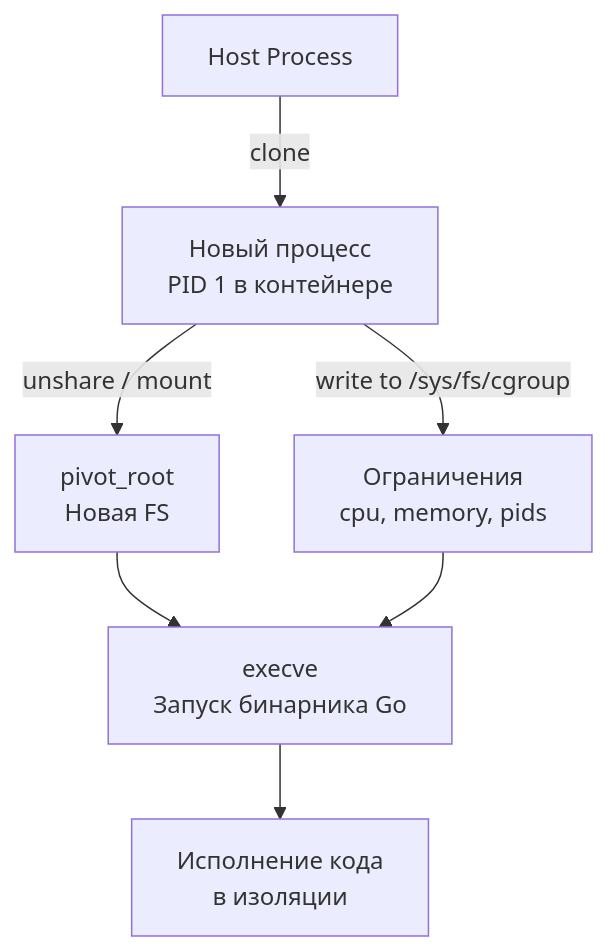
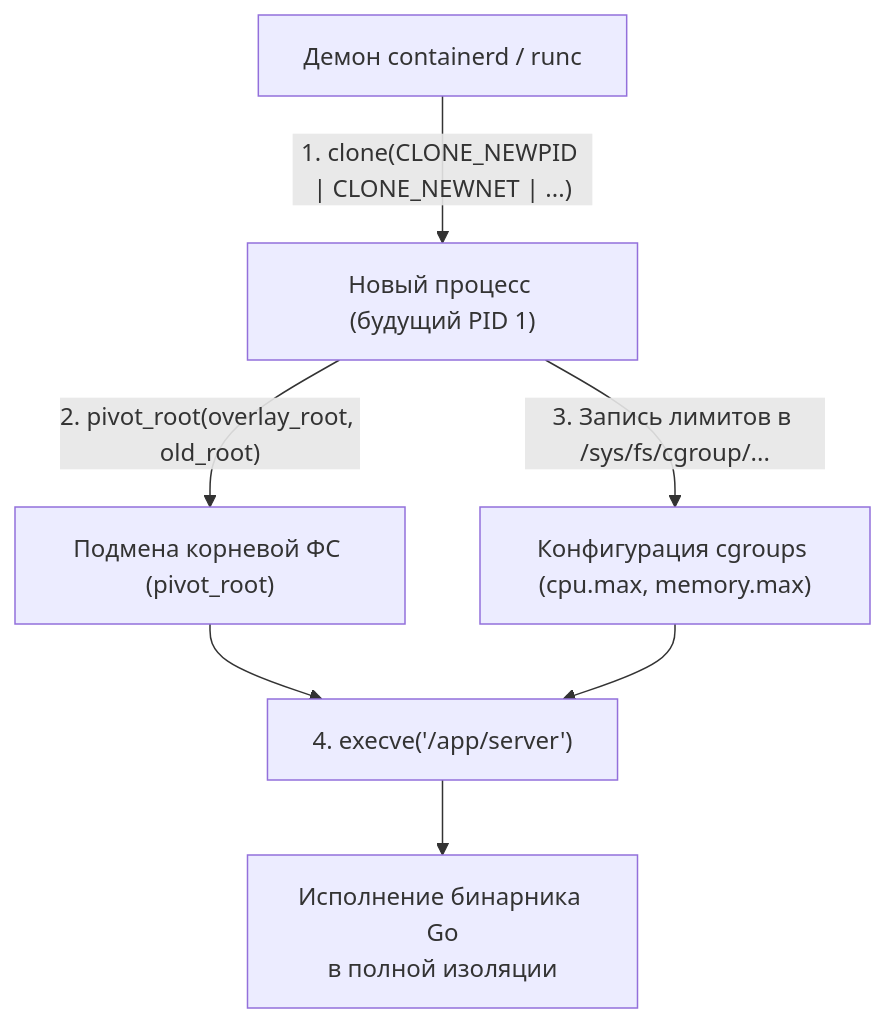
One commit to UnrealTemplier/go-textbook changed the third of 3 diagrams in sources/2. Устройство и работа ОС/53. Контейнеры под капотом. namespaces и cgroups.md. Above: the diagram before and after it, drawn with Mermaid. The commit also changed other lines of this file, not shown here.

Commit message:
feat(module-02): editorial rewrite of Lecture 53 (Containers, namespaces, cgroups v2, pivot_root, clone, unshare, setns) in Kernighan style

````diff
--- a/sources/2. Устройство и работа ОС/53. Контейнеры под капотом. namespaces и cgroups.md
+++ b/sources/2. Устройство и работа ОС/53. Контейнеры под капотом. namespaces и cgroups.md
@@ -55,10 +119,10 @@
 ```mermaid
 flowchart TD
-    Host["Host Process"] -->|"clone"| NewProc["Новый процесс<br>PID 1 в контейнере"]
-    NewProc -->|"unshare / mount"| PivotRoot["pivot_root<br>Новая FS"]
-    NewProc -->|"write to /sys/fs/cgroup"| Limits["Ограничения<br>cpu, memory, pids"]
-    PivotRoot --> Exec["execve<br>Запуск бинарника Go"]
+    Host["Демон containerd / runc"] -->|"1. clone(CLONE_NEWPID | CLONE_NEWNET | ...)"| NewProc["Новый процесс (будущий PID 1)"]
+    NewProc -->|"2. pivot_root(overlay_root, old_root)"| PivotRoot["Подмена корневой ФС (pivot_root)"]
+    NewProc -->|"3. Запись лимитов в /sys/fs/cgroup/..."| Limits["Конфигурация cgroups (cpu.max, memory.max)"]
+    PivotRoot --> Exec["4. execve('/app/server')"]
     Limits --> Exec
-    Exec --> Run["Исполнение кода<br>в изоляции"]
-
+    Exec --> Run["Исполнение бинарника Go
+в полной изоляции"]
 ```
````
